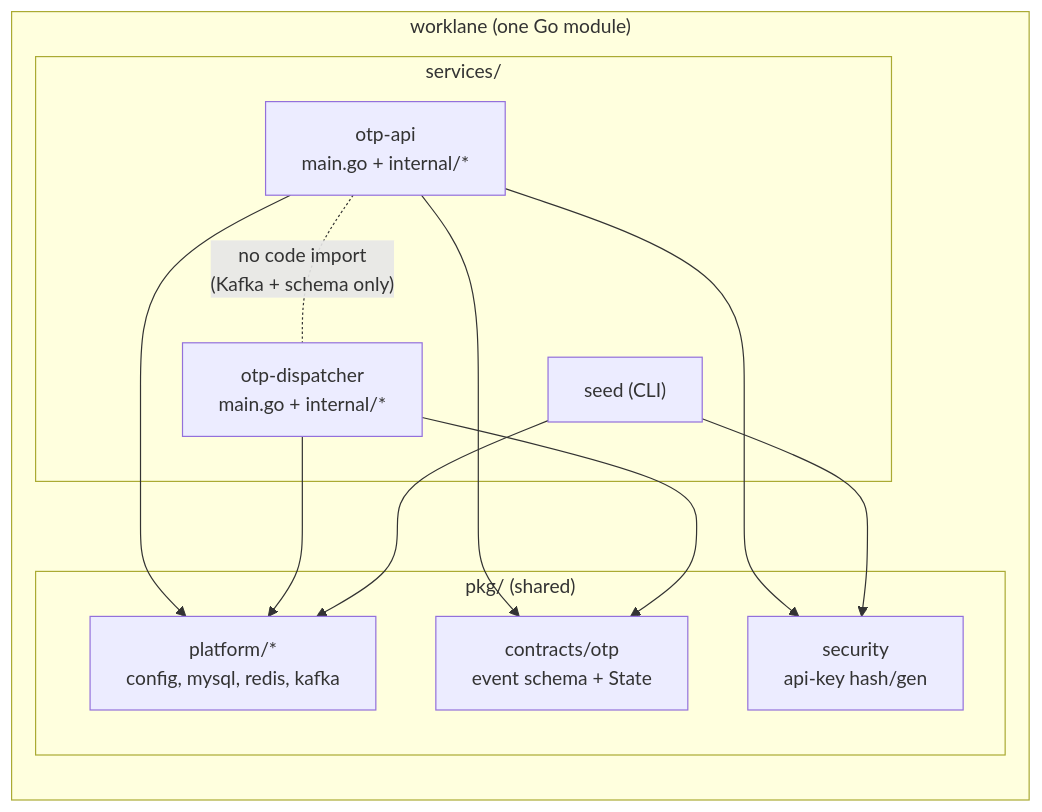
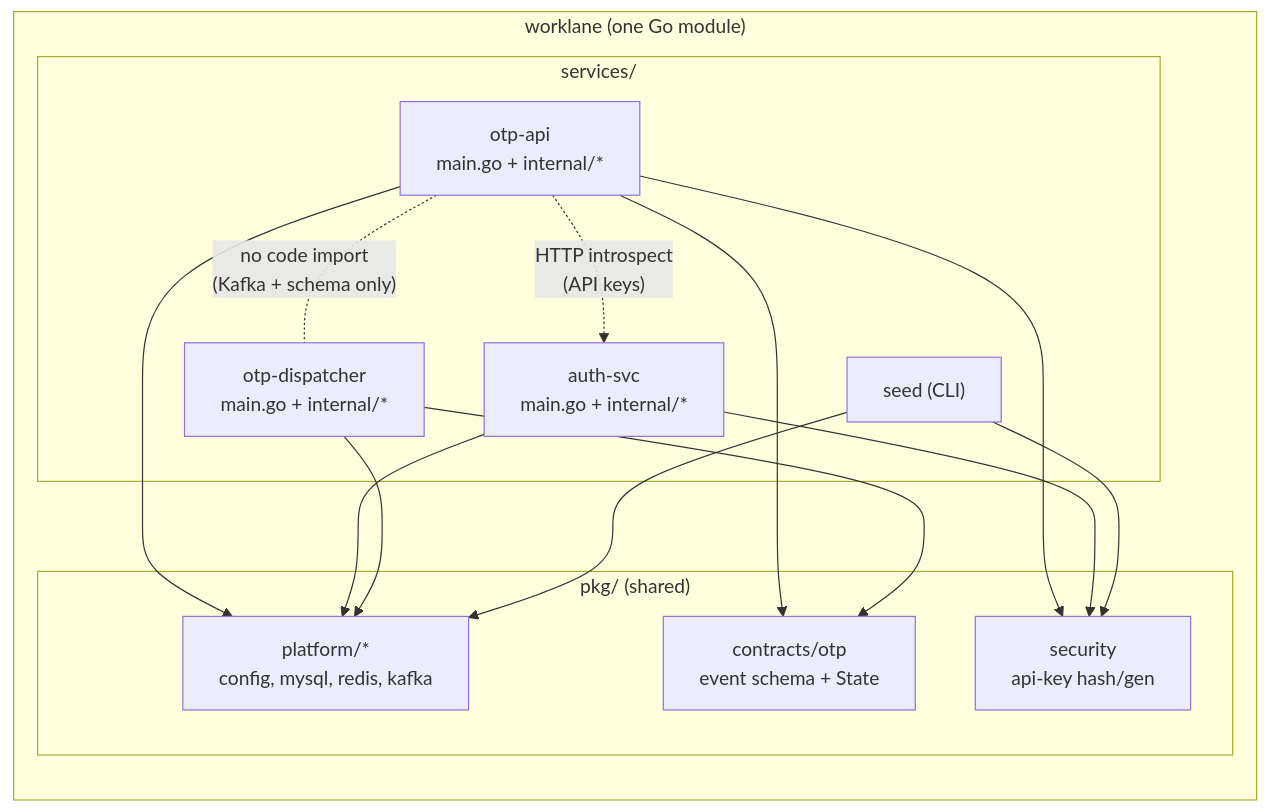
One commit to DiiKhanh/worklane changed the sixth of 6 diagrams in docs/architecture.md. Above: the diagram before and after it, drawn with Mermaid. The commit also changed other lines of this file and 34 other files, not shown here.

````diff
--- a/docs/architecture.md
+++ b/docs/architecture.md
@@ -233,20 +233,23 @@
 ```mermaid
 flowchart LR
     subgraph repo["worklane (one Go module)"]
         subgraph services["services/"]
             A["otp-api<br/>main.go + internal/*"]
+            AUTH["auth-svc<br/>main.go + internal/*"]
             D["otp-dispatcher<br/>main.go + internal/*"]
             S["seed (CLI)"]
         end
         subgraph pkgs["pkg/ (shared)"]
             P1["platform/*<br/>config, mysql, redis, kafka"]
             P2["contracts/otp<br/>event schema + State"]
             P3["security<br/>api-key hash/gen"]
         end
     end
 
     A --> P1 & P2 & P3
+    AUTH --> P1 & P3
     D --> P1 & P2
     S --> P1 & P3
     A -. "no code import<br/>(Kafka + schema only)" .- D
+    A -. "HTTP introspect<br/>(API keys)" .-> AUTH
 ```
````
